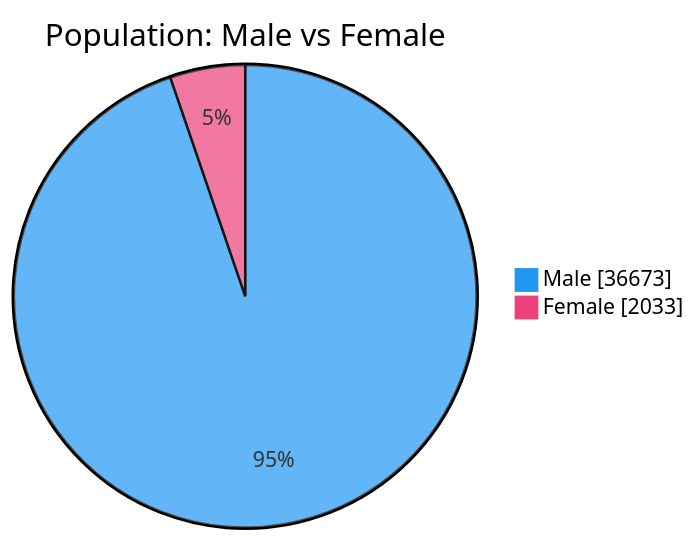
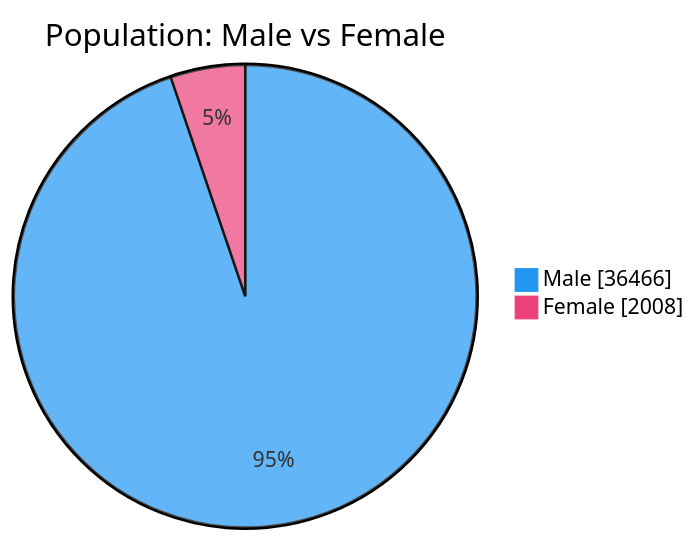
Before and after one commit to nuuuwan/lk_prisons: the second of 7 diagrams in README.md, drawn with Mermaid. The commit also changed other lines of this file and 1 other file, not shown here.

````diff
--- a/README.md
+++ b/README.md
@@ -54,6 +54,6 @@
 ```mermaid
 %%{init: {'themeVariables': {'pie1': '#2196F3', 'pie2': '#EC407A'}}}%%
 pie showData title Population: Male vs Female
-    "Male" : 36673
-    "Female" : 2033
+    "Male" : 36466
+    "Female" : 2008
 ```
````
